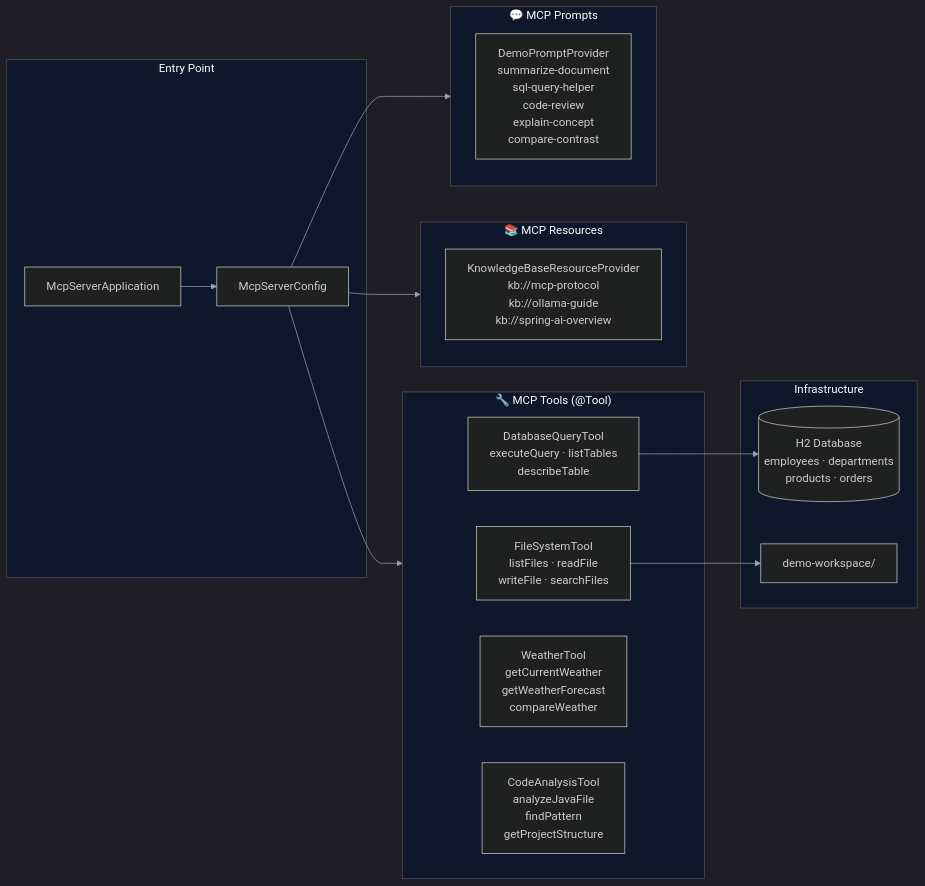
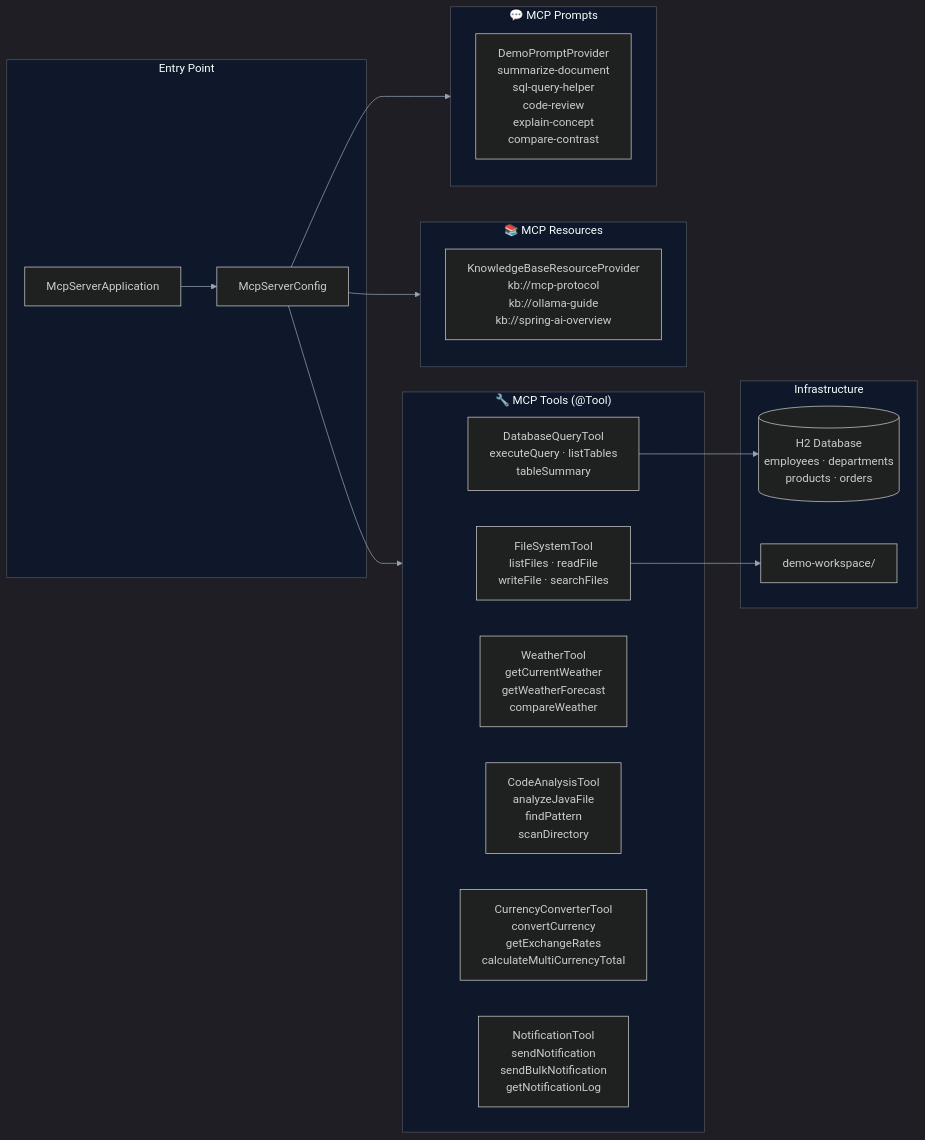
The fourth of 7 diagrams in DIAGRAMS.md (gdunhao/mcp-spring-ai), drawn with Mermaid before and after one commit. The commit also changed 10 other files, not shown here.

````diff
--- a/DIAGRAMS.md
+++ b/DIAGRAMS.md
@@ -128,35 +128,37 @@
 ```mermaid
 %%{init: { "theme": "dark", "themeVariables": { "primaryColor": "#1e293b", "primaryTextColor": "#e2e8f0", "primaryBorderColor": "#475569", "lineColor": "#94a3b8", "secondaryColor": "#0f172a", "tertiaryColor": "#1e293b", "clusterBkg": "#0f172a" } } }%%
 graph LR
     subgraph ENTRY["Entry Point"]
         APP[McpServerApplication]
         CFG[McpServerConfig]
     end
 
     subgraph TOOLS_GRP["🔧 MCP Tools (@Tool)"]
         FS[FileSystemTool<br/>listFiles · readFile<br/>writeFile · searchFiles]
-        DB[DatabaseQueryTool<br/>executeQuery · listTables<br/>describeTable]
+        DB[DatabaseQueryTool<br/>executeQuery · listTables<br/>tableSummary]
         WX[WeatherTool<br/>getCurrentWeather<br/>getWeatherForecast<br/>compareWeather]
-        CA[CodeAnalysisTool<br/>analyzeJavaFile<br/>findPattern<br/>getProjectStructure]
+        CA[CodeAnalysisTool<br/>analyzeJavaFile<br/>findPattern<br/>scanDirectory]
+        CC[CurrencyConverterTool<br/>convertCurrency<br/>getExchangeRates<br/>calculateMultiCurrencyTotal]
+        NT[NotificationTool<br/>sendNotification<br/>sendBulkNotification<br/>getNotificationLog]
     end
 
     subgraph RES_GRP["📚 MCP Resources"]
         KB[KnowledgeBaseResourceProvider<br/>kb://mcp-protocol<br/>kb://ollama-guide<br/>kb://spring-ai-overview]
     end
 
     subgraph PROMPT_GRP["💬 MCP Prompts"]
         PP[DemoPromptProvider<br/>summarize-document<br/>sql-query-helper<br/>code-review<br/>explain-concept<br/>compare-contrast]
     end
 
     subgraph INFRA["Infrastructure"]
         H2[(H2 Database<br/>employees · departments<br/>products · orders)]
         WS2[demo-workspace/]
     end
 
     APP --> CFG
     CFG --> TOOLS_GRP
     CFG --> RES_GRP
     CFG --> PROMPT_GRP
     DB --> H2
     FS --> WS2
 ```
````
